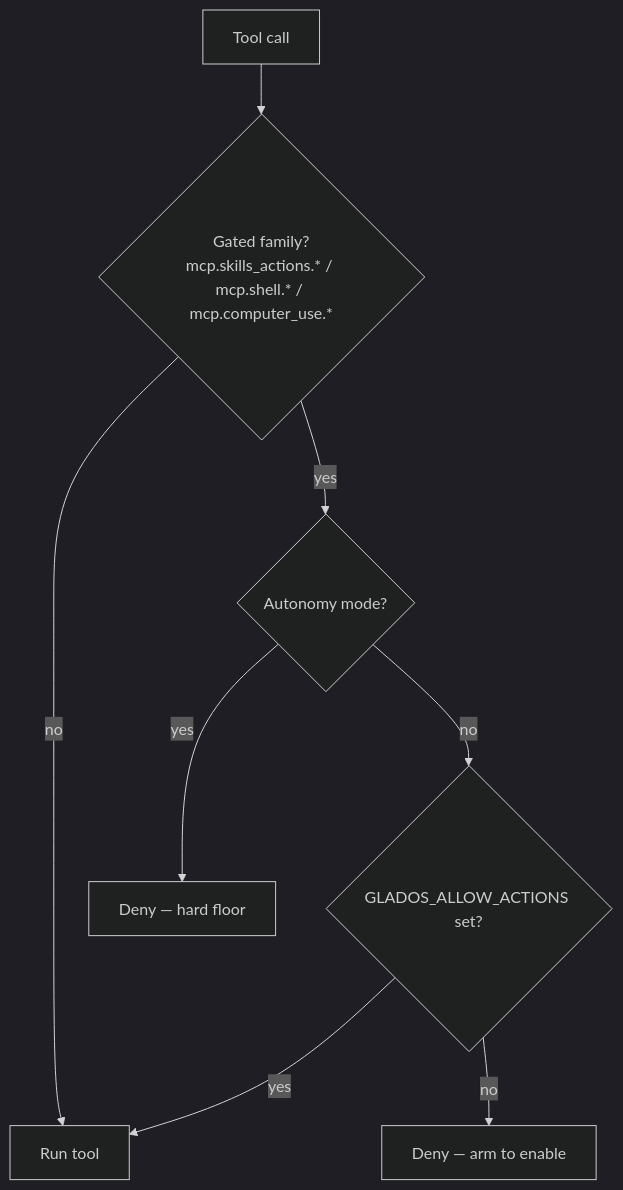
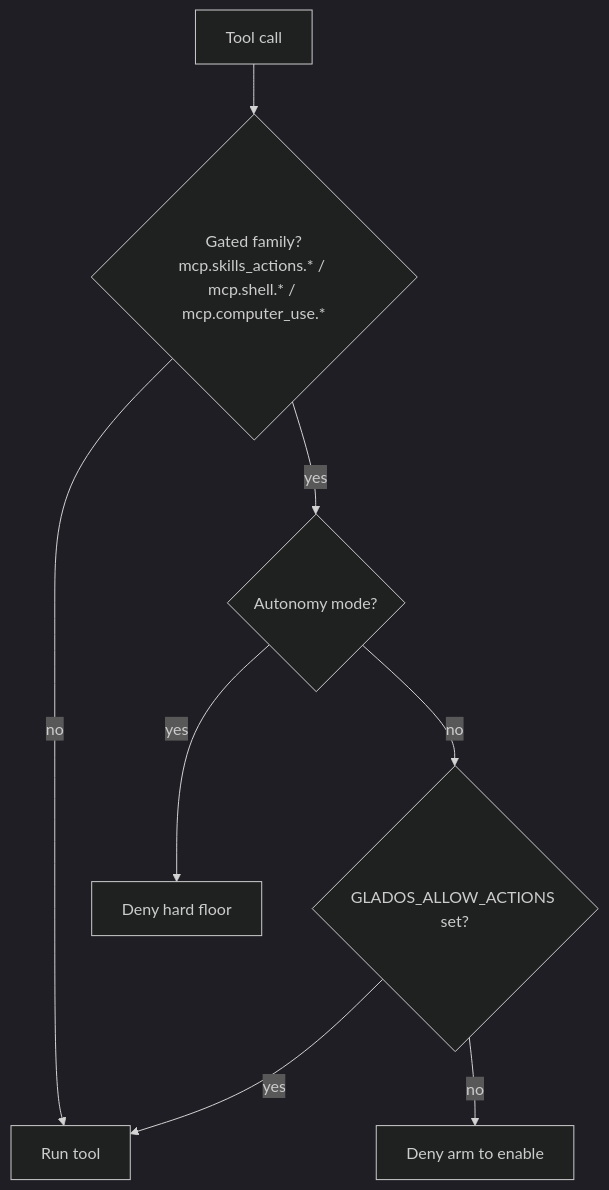
One commit to itsDigvijaysing/AI_Voice_Assistant changed the third of 3 diagrams in README.md. Above: the diagram before and after it, drawn with Mermaid (dark theme). The commit also changed other lines of this file and 5 other files, not shown here.

````diff
--- a/README.md
+++ b/README.md
@@ -162,10 +165,10 @@
 ```mermaid
 flowchart TD
-    A["Tool call"] --> B{"Gated family?<br/>mcp.skills_actions.* / mcp.shell.* / mcp.computer_use.*"}
-    B -->|"no"| RUN["Run tool"]
-    B -->|"yes"| C{"Autonomy mode?"}
-    C -->|"yes"| HF["Deny — hard floor"]
-    C -->|"no"| D{"GLADOS_ALLOW_ACTIONS set?"}
-    D -->|"yes"| RUN
-    D -->|"no"| AD["Deny — arm to enable"]
+  A["Tool call"] --> B{"Gated family?<br/>mcp.skills_actions.* / mcp.shell.* / mcp.computer_use.*"}
+  B -->|"no"| RUN["Run tool"]
+  B -->|"yes"| C{"Autonomy mode?"}
+  C -->|"yes"| HF["Deny hard floor"]
+  C -->|"no"| D{"GLADOS_ALLOW_ACTIONS set?"}
+  D -->|"yes"| RUN
+  D -->|"no"| AD["Deny arm to enable"]
 ```
````
